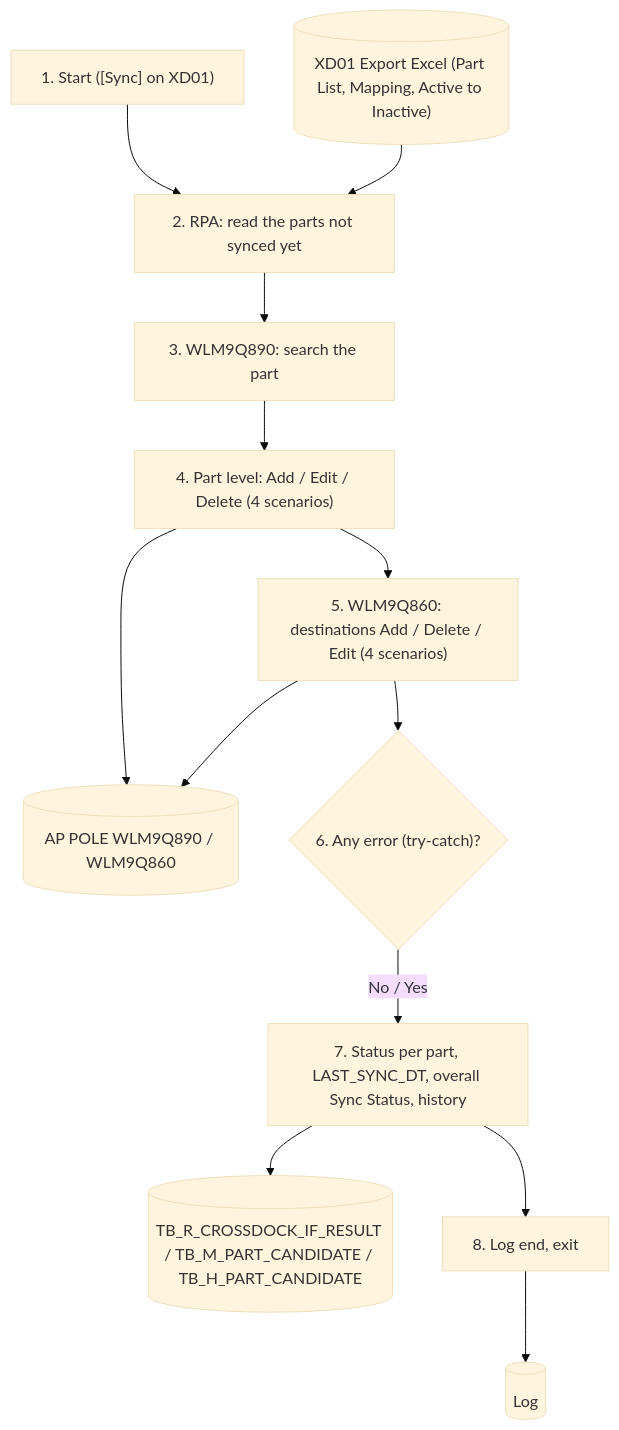
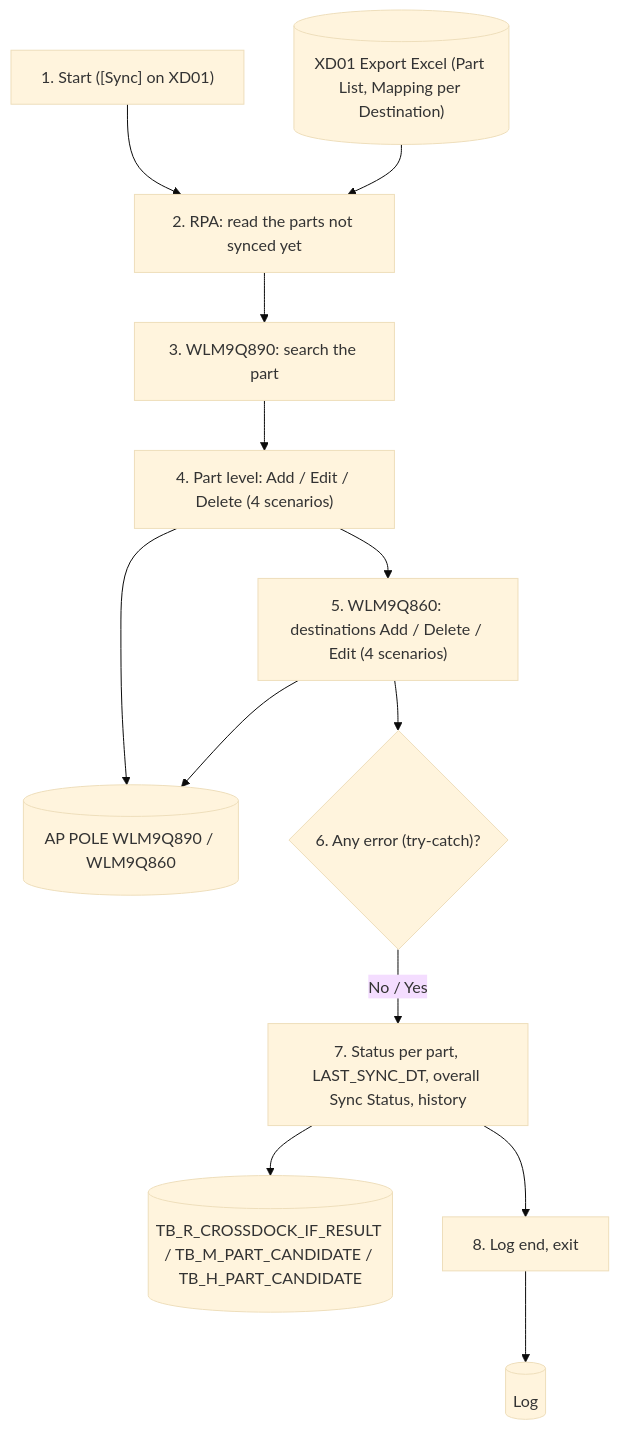
The second of 2 diagrams in prepare_code/uiss/XD07_Batch_IFCrossDockMasterToAPPOLE.md (ivanrayhannn/crossdockpoc), drawn with Mermaid (base theme) before and after one commit. The commit also changed other lines of this file and 70 other files, not shown here.

First line of the commit message:
Remove sheet Active to Inactive: Inactive parts with No Sync / Failed are taken by [Sync] by their status

````diff
--- a/prepare_code/uiss/XD07_Batch_IFCrossDockMasterToAPPOLE.md
+++ b/prepare_code/uiss/XD07_Batch_IFCrossDockMasterToAPPOLE.md
@@ -103,27 +104,27 @@
 ```mermaid
 flowchart TB
   p1["1. Start ([Sync] on XD01)"]
-  src[("XD01 Export Excel (Part List, Mapping, Active to Inactive)")]
+  src[("XD01 Export Excel (Part List, Mapping per Destination)")]
   p2["2. RPA: read the parts not synced yet"]
   p3["3. WLM9Q890: search the part"]
   p4["4. Part level: Add / Edit / Delete (4 scenarios)"]
   p5["5. WLM9Q860: destinations Add / Delete / Edit (4 scenarios)"]
   ap[("AP POLE WLM9Q890 / WLM9Q860")]
   d{"6. Any error (try-catch)?"}
   p7["7. Status per part, LAST_SYNC_DT, overall Sync Status, history"]
   o[("TB_R_CROSSDOCK_IF_RESULT / TB_M_PART_CANDIDATE / TB_H_PART_CANDIDATE")]
   p8["8. Log end, exit"]
   log[("Log")]
   p1 --> p2
   src --> p2
   p2 --> p3
   p3 --> p4
   p4 --> p5
   p4 --> ap
   p5 --> ap
   p5 --> d
   d -->|No / Yes| p7
   p7 --> o
   p7 --> p8
   p8 --> log
 ```
````
